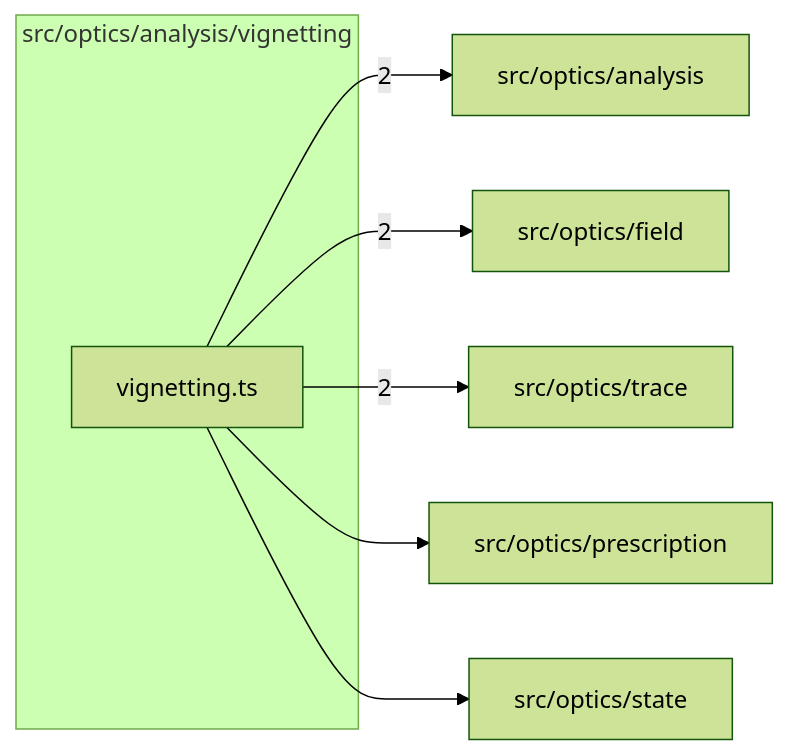
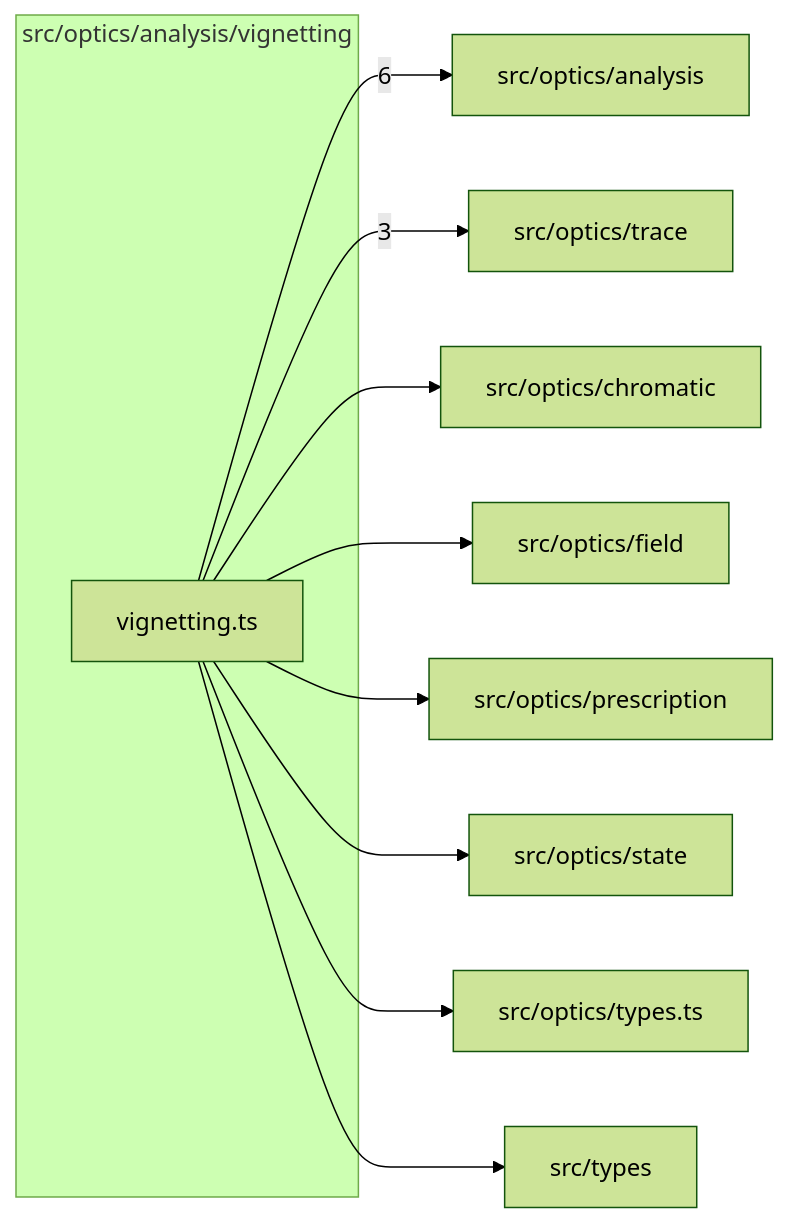
Before and after one commit to ronbuening/LensVisualizer: the diagram in src/optics/analysis/vignetting/readme.md, drawn with Mermaid (forest theme). The commit also changed other lines of this file and 14 other files, not shown here.

````diff
--- a/src/optics/analysis/vignetting/readme.md
+++ b/src/optics/analysis/vignetting/readme.md
@@ -9,16 +9,22 @@
 ```mermaid
 flowchart LR
   subgraph n_src_optics_analysis_vignetting["src/optics/analysis/vignetting"]
     n_src_optics_analysis_vignetting_src_optics_analysis_vignetting_vignetting_ts["vignetting.ts"]
   end
   n_external_src_optics_analysis["src/optics/analysis"]
+  n_external_src_optics_trace["src/optics/trace"]
+  n_external_src_optics_chromatic["src/optics/chromatic"]
   n_external_src_optics_field["src/optics/field"]
-  n_external_src_optics_trace["src/optics/trace"]
   n_external_src_optics_prescription["src/optics/prescription"]
   n_external_src_optics_state["src/optics/state"]
-  n_src_optics_analysis_vignetting_src_optics_analysis_vignetting_vignetting_ts --> |2| n_external_src_optics_analysis
-  n_src_optics_analysis_vignetting_src_optics_analysis_vignetting_vignetting_ts --> |2| n_external_src_optics_field
-  n_src_optics_analysis_vignetting_src_optics_analysis_vignetting_vignetting_ts --> |2| n_external_src_optics_trace
+  n_external_src_optics_types_ts["src/optics/types.ts"]
+  n_external_src_types["src/types"]
+  n_src_optics_analysis_vignetting_src_optics_analysis_vignetting_vignetting_ts --> |6| n_external_src_optics_analysis
+  n_src_optics_analysis_vignetting_src_optics_analysis_vignetting_vignetting_ts --> |3| n_external_src_optics_trace
+  n_src_optics_analysis_vignetting_src_optics_analysis_vignetting_vignetting_ts --> n_external_src_optics_chromatic
+  n_src_optics_analysis_vignetting_src_optics_analysis_vignetting_vignetting_ts --> n_external_src_optics_field
   n_src_optics_analysis_vignetting_src_optics_analysis_vignetting_vignetting_ts --> n_external_src_optics_prescription
   n_src_optics_analysis_vignetting_src_optics_analysis_vignetting_vignetting_ts --> n_external_src_optics_state
+  n_src_optics_analysis_vignetting_src_optics_analysis_vignetting_vignetting_ts --> n_external_src_optics_types_ts
+  n_src_optics_analysis_vignetting_src_optics_analysis_vignetting_vignetting_ts --> n_external_src_types
 ```
````
